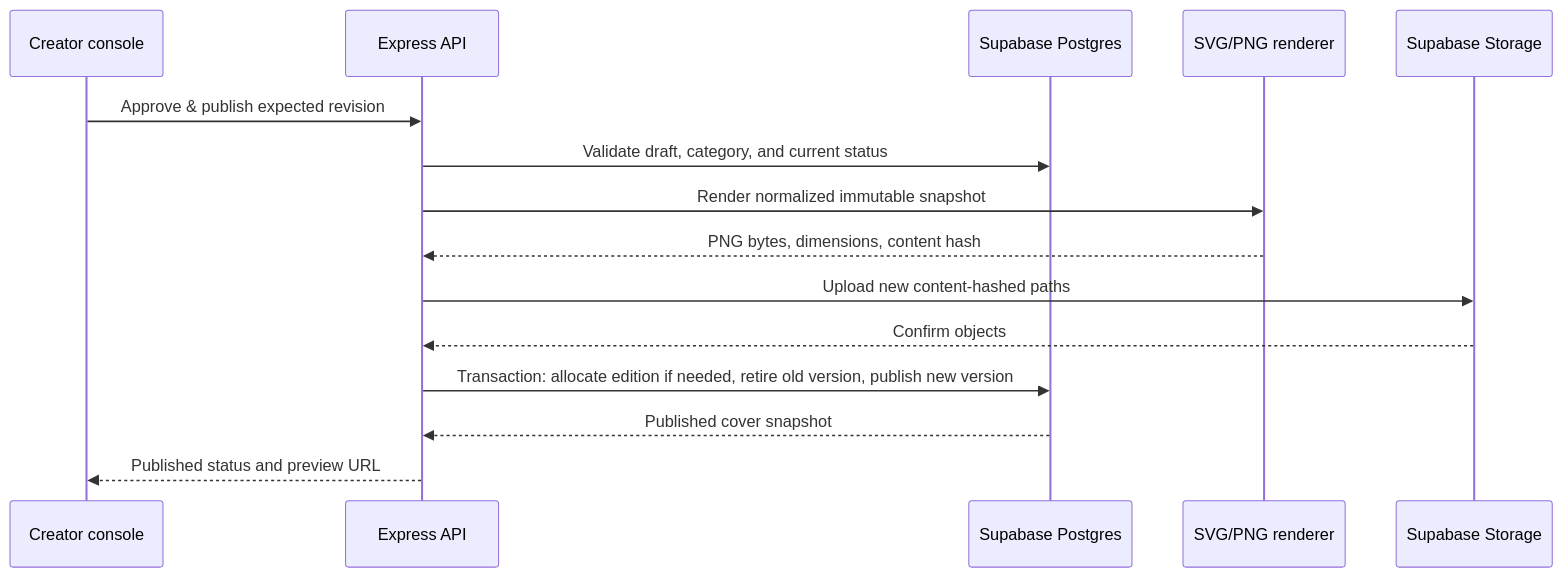
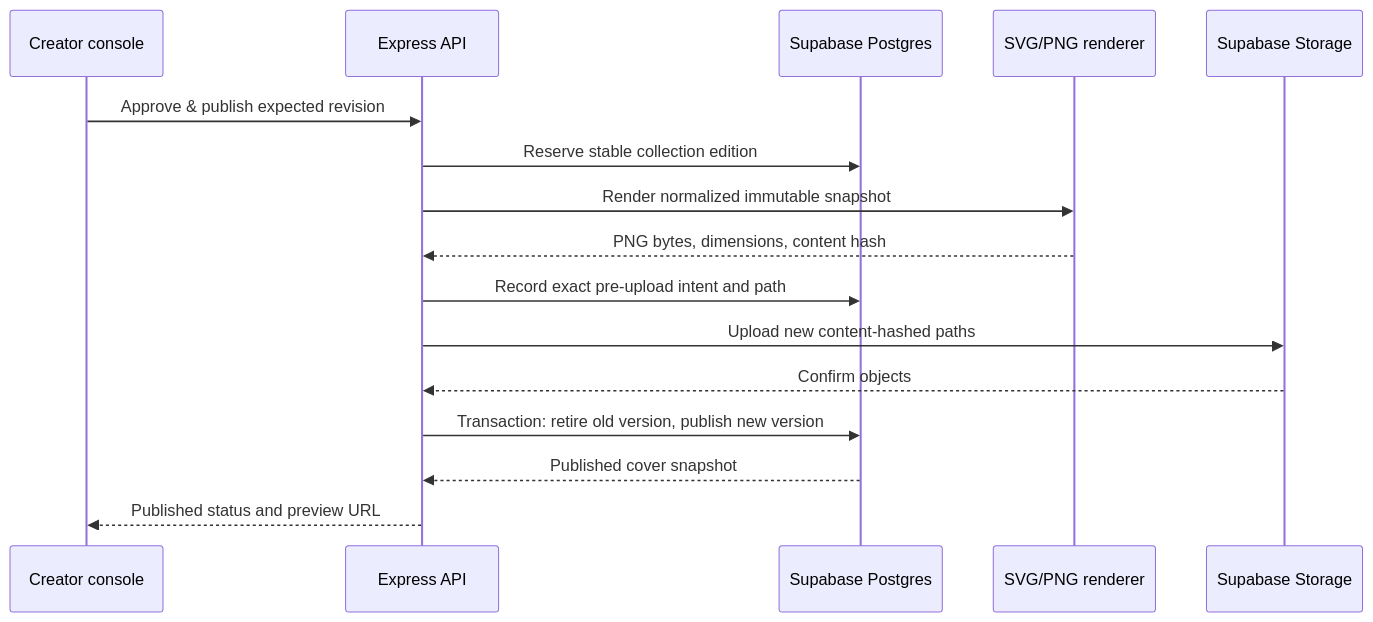
One commit to Pratikn07/insta-automation changed the second of 2 diagrams in docs/superpowers/specs/2026-08-22-tinysoho-guide-covers-and-follower-gate-design.md. Above: the diagram before and after it, drawn with Mermaid. The commit also changed other lines of this file and 32 other files, not shown here.

````diff
--- a/docs/superpowers/specs/2026-08-22-tinysoho-guide-covers-and-follower-gate-design.md
+++ b/docs/superpowers/specs/2026-08-22-tinysoho-guide-covers-and-follower-gate-design.md
@@ -970,18 +970,19 @@
 ```mermaid
 sequenceDiagram
     participant C as Creator console
     participant A as Express API
     participant D as Supabase Postgres
     participant R as SVG/PNG renderer
     participant S as Supabase Storage
 
     C->>A: Approve & publish expected revision
-    A->>D: Validate draft, category, and current status
+    A->>D: Reserve stable collection edition
     A->>R: Render normalized immutable snapshot
     R-->>A: PNG bytes, dimensions, content hash
+    A->>D: Record exact pre-upload intent and path
     A->>S: Upload new content-hashed paths
     S-->>A: Confirm objects
-    A->>D: Transaction: allocate edition if needed, retire old version, publish new version
+    A->>D: Transaction: retire old version, publish new version
     D-->>A: Published cover snapshot
     A-->>C: Published status and preview URL
 ```
````
